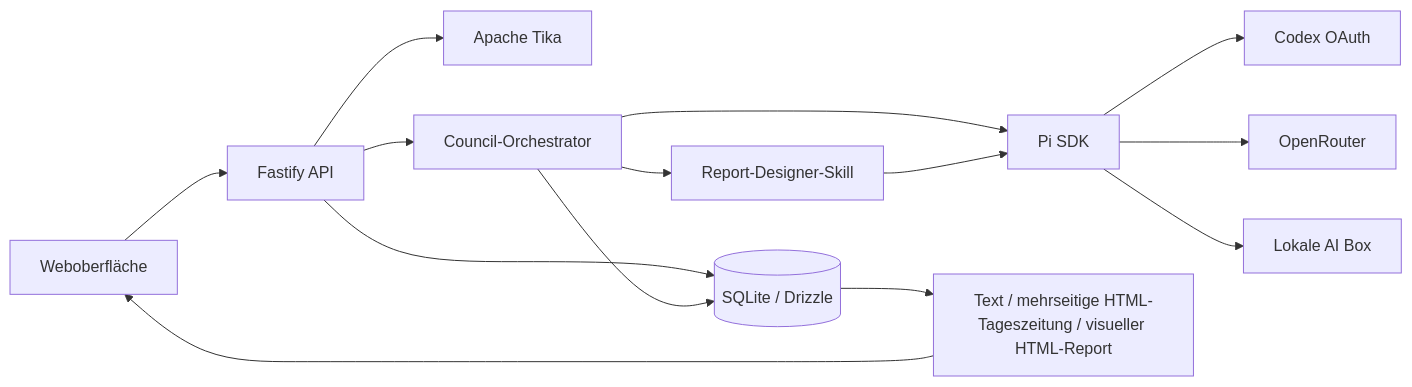
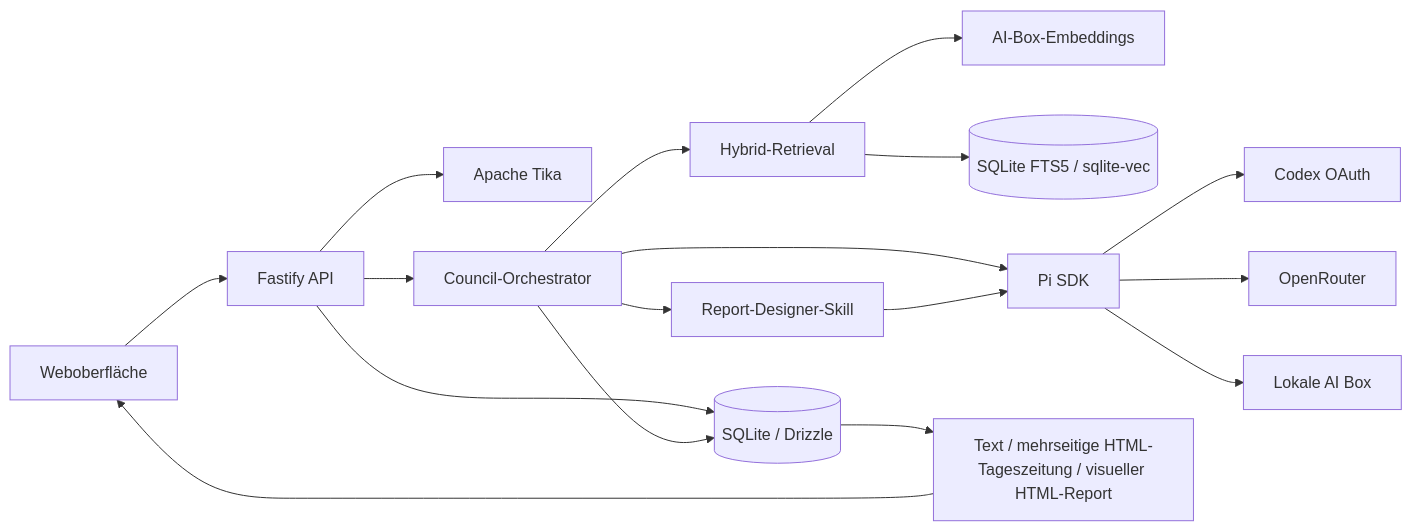
Before and after one commit to beastyrabbit/qa-council: the diagram in docs/architecture.md, drawn with Mermaid. The commit also changed other lines of this file and 17 other files, not shown here.

````diff
--- a/docs/architecture.md
+++ b/docs/architecture.md
@@ -5,16 +5,19 @@
 ```mermaid
 flowchart LR
     U[Weboberfläche] --> A[Fastify API]
     A --> D[(SQLite / Drizzle)]
     A --> T[Apache Tika]
     A --> O[Council-Orchestrator]
+    O --> H[Hybrid-Retrieval]
+    H --> E[AI-Box-Embeddings]
+    H --> S[(SQLite FTS5 / sqlite-vec)]
     O --> P[Pi SDK]
     P --> C[Codex OAuth]
     P --> R[OpenRouter]
     P --> X[Lokale AI Box]
     O --> RD[Report-Designer-Skill]
     RD --> P
     O --> D
     D --> V[Text / mehrseitige HTML-Tageszeitung / visueller HTML-Report]
     V --> U
 ```
````
